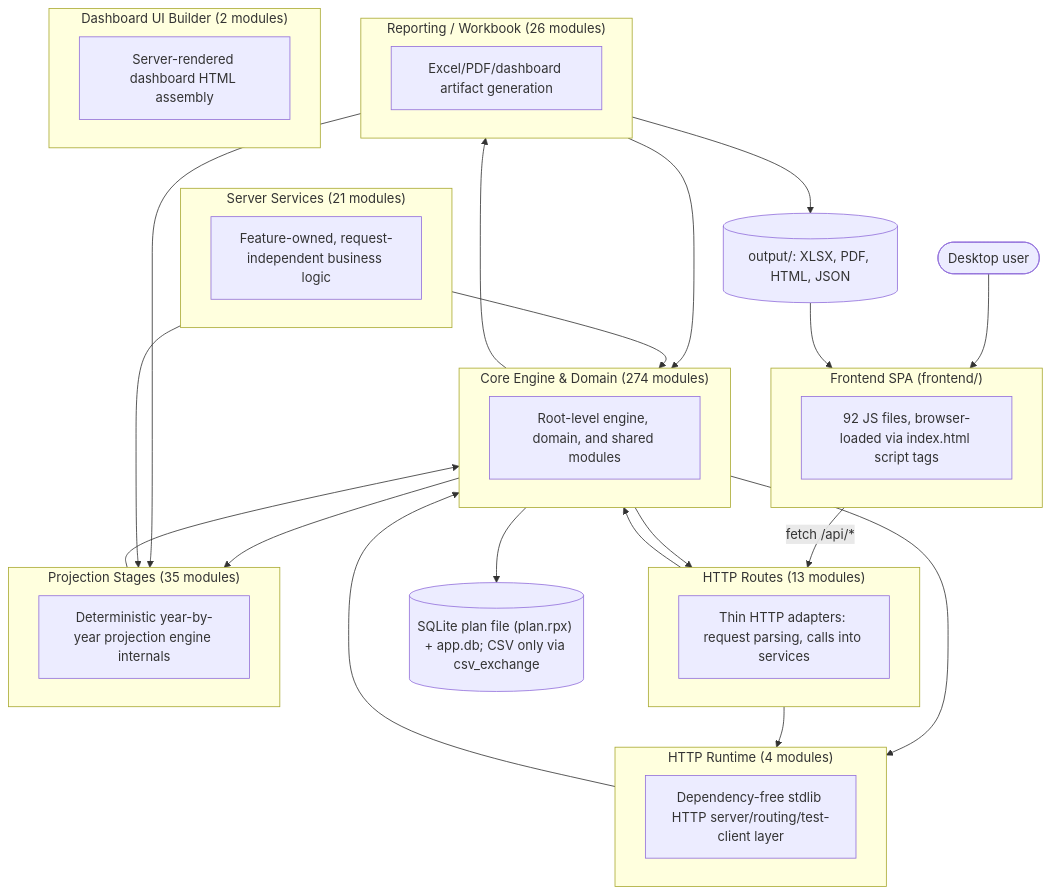
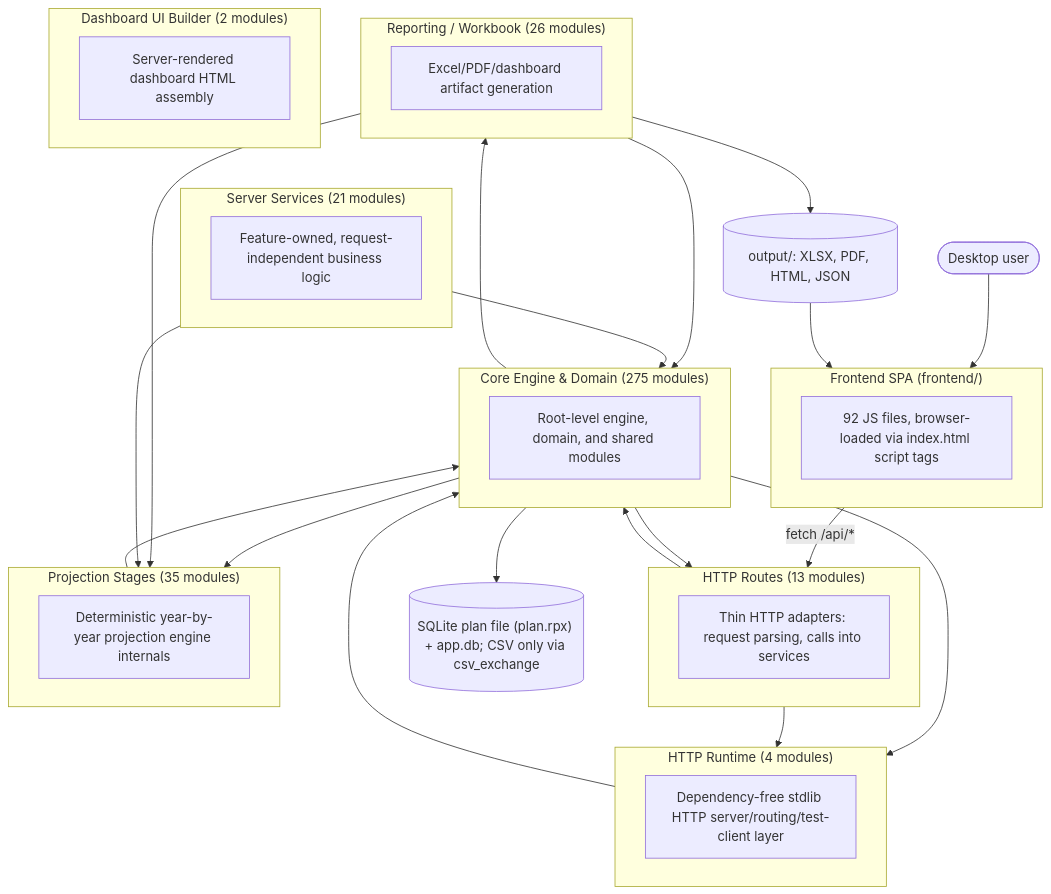
Before and after one commit to matthartzman/retirement_system: the first of 2 diagrams in documentation/reference/SYSTEM_ARCHITECTURE_DIAGRAM.md, drawn with Mermaid. The commit also changed other lines of this file and 3 other files, not shown here.

Commit message:
docs: mark P7-O1 and P7-O3 fixed; gateway design, runbook, architecture diagram

````diff
--- a/documentation/reference/SYSTEM_ARCHITECTURE_DIAGRAM.md
+++ b/documentation/reference/SYSTEM_ARCHITECTURE_DIAGRAM.md
@@ -11,44 +11,44 @@
 ```mermaid
 flowchart TB
     User(["Desktop user"]) --> FE
     subgraph FE["Frontend SPA (frontend/)"]
         FEcount["92 JS files, browser-loaded via index.html script tags"]
     end
     FE -->|fetch /api/*| L_HTTP_Routes
     subgraph L_HTTP_Routes["HTTP Routes (13 modules)"]
         L_HTTP_Routes_d["Thin HTTP adapters: request parsing, calls into services"]
     end
     subgraph L_Server_Services["Server Services (21 modules)"]
         L_Server_Services_d["Feature-owned, request-independent business logic"]
     end
     subgraph L_HTTP_Runtime["HTTP Runtime (4 modules)"]
         L_HTTP_Runtime_d["Dependency-free stdlib HTTP server/routing/test-client layer"]
     end
-    subgraph L_Core_Engine___Domain["Core Engine & Domain (274 modules)"]
+    subgraph L_Core_Engine___Domain["Core Engine & Domain (275 modules)"]
         L_Core_Engine___Domain_d["Root-level engine, domain, and shared modules"]
     end
     subgraph L_Projection_Stages["Projection Stages (35 modules)"]
         L_Projection_Stages_d["Deterministic year-by-year projection engine internals"]
     end
     subgraph L_Reporting___Workbook["Reporting / Workbook (26 modules)"]
         L_Reporting___Workbook_d["Excel/PDF/dashboard artifact generation"]
     end
     subgraph L_Dashboard_UI_Builder["Dashboard UI Builder (2 modules)"]
         L_Dashboard_UI_Builder_d["Server-rendered dashboard HTML assembly"]
     end
     L_Core_Engine___Domain --> L_HTTP_Routes
     L_Core_Engine___Domain --> L_HTTP_Runtime
     L_Core_Engine___Domain --> L_Projection_Stages
     L_Core_Engine___Domain --> L_Reporting___Workbook
     L_HTTP_Routes --> L_Core_Engine___Domain
     L_HTTP_Routes --> L_HTTP_Runtime
     L_HTTP_Runtime --> L_Core_Engine___Domain
     L_Projection_Stages --> L_Core_Engine___Domain
     L_Reporting___Workbook --> L_Core_Engine___Domain
     L_Reporting___Workbook --> L_Projection_Stages
     L_Server_Services --> L_Core_Engine___Domain
     L_Server_Services --> L_Projection_Stages
     L_Core_Engine___Domain --> DB[("SQLite plan file (plan.rpx) + app.db; CSV only via csv_exchange")]
     L_Reporting___Workbook --> Outputs[("output/: XLSX, PDF, HTML, JSON")]
     Outputs --> FE
 ```
````
